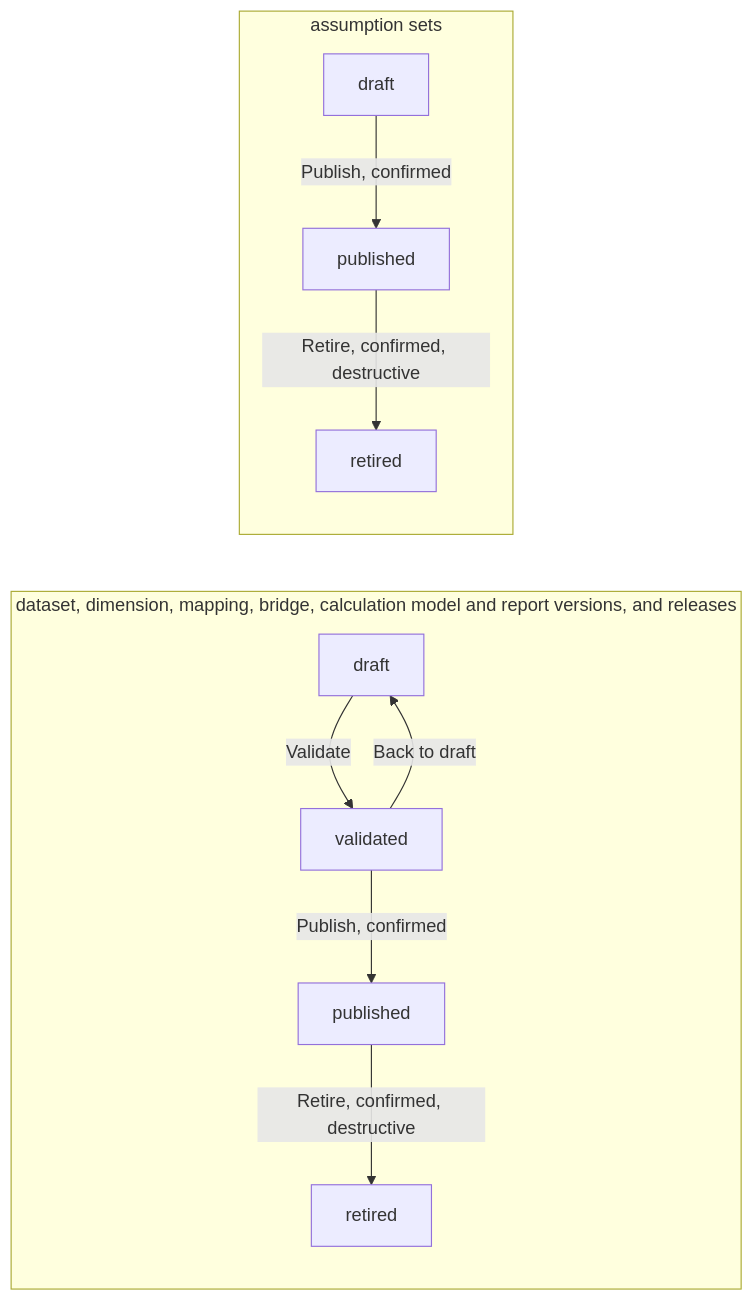
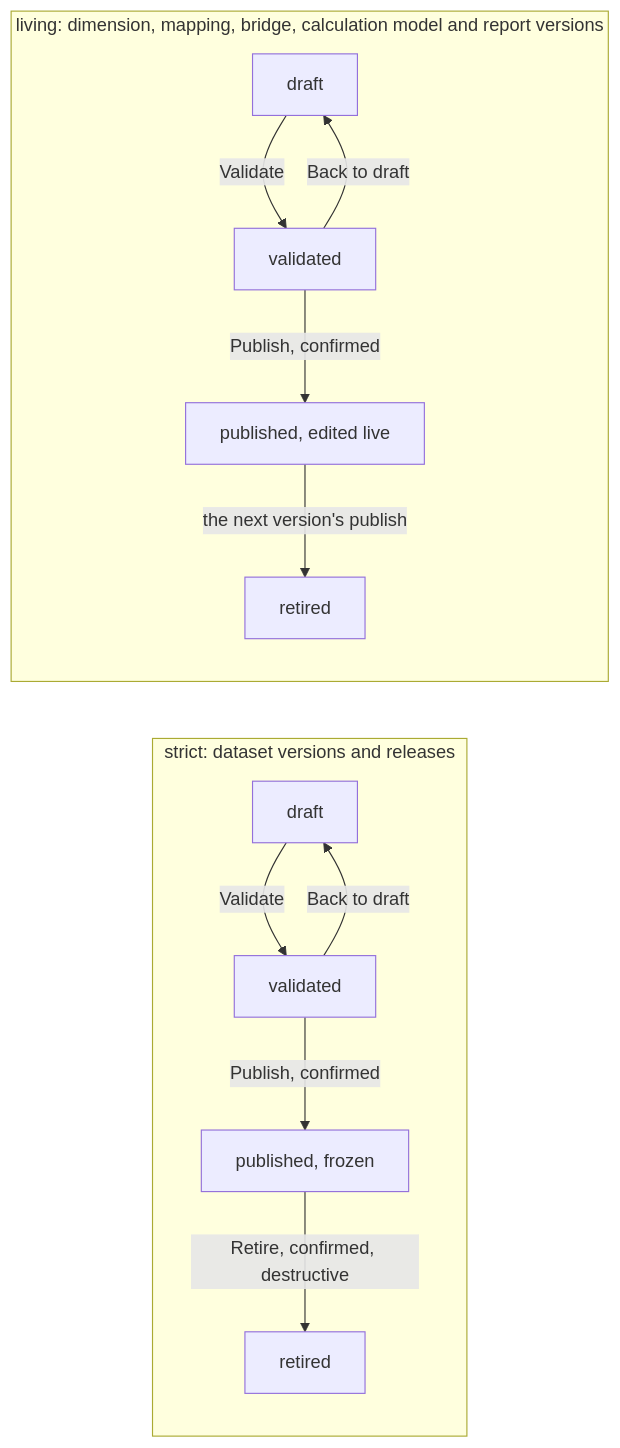
Before and after one commit to chrisaliotta/Quantalytix.QueryEngine.Admin: the fifth of 9 diagrams in web/docs/architecture/03-how-it-works.md, drawn with Mermaid. The commit also changed other lines of this file and 390 other files, not shown here.

First line of the commit message:
feat: enhance API documentation and architecture for versioning and assumption sets

````diff
--- a/web/docs/architecture/03-how-it-works.md
+++ b/web/docs/architecture/03-how-it-works.md
@@ -230,20 +230,23 @@
 ```mermaid
 flowchart LR
-    subgraph versioned ["dataset, dimension, mapping, bridge, calculation model and report versions, and releases"]
+    subgraph strict ["strict: dataset versions and releases"]
         Draft["draft"]
         Validated["validated"]
-        Published["published"]
+        Published["published, frozen"]
         Retired["retired"]
         Draft -->|"Validate"| Validated
         Validated -->|"Back to draft"| Draft
         Validated -->|"Publish, confirmed"| Published
         Published -->|"Retire, confirmed, destructive"| Retired
     end
-    subgraph assumptionSets ["assumption sets"]
-        SetDraft["draft"]
-        SetPublished["published"]
-        SetRetired["retired"]
-        SetDraft -->|"Publish, confirmed"| SetPublished
-        SetPublished -->|"Retire, confirmed, destructive"| SetRetired
+    subgraph living ["living: dimension, mapping, bridge, calculation model and report versions"]
+        LivingDraft["draft"]
+        LivingValidated["validated"]
+        LivingPublished["published, edited live"]
+        LivingRetired["retired"]
+        LivingDraft -->|"Validate"| LivingValidated
+        LivingValidated -->|"Back to draft"| LivingDraft
+        LivingValidated -->|"Publish, confirmed"| LivingPublished
+        LivingPublished -->|"the next version's publish"| LivingRetired
     end
 ```
````
